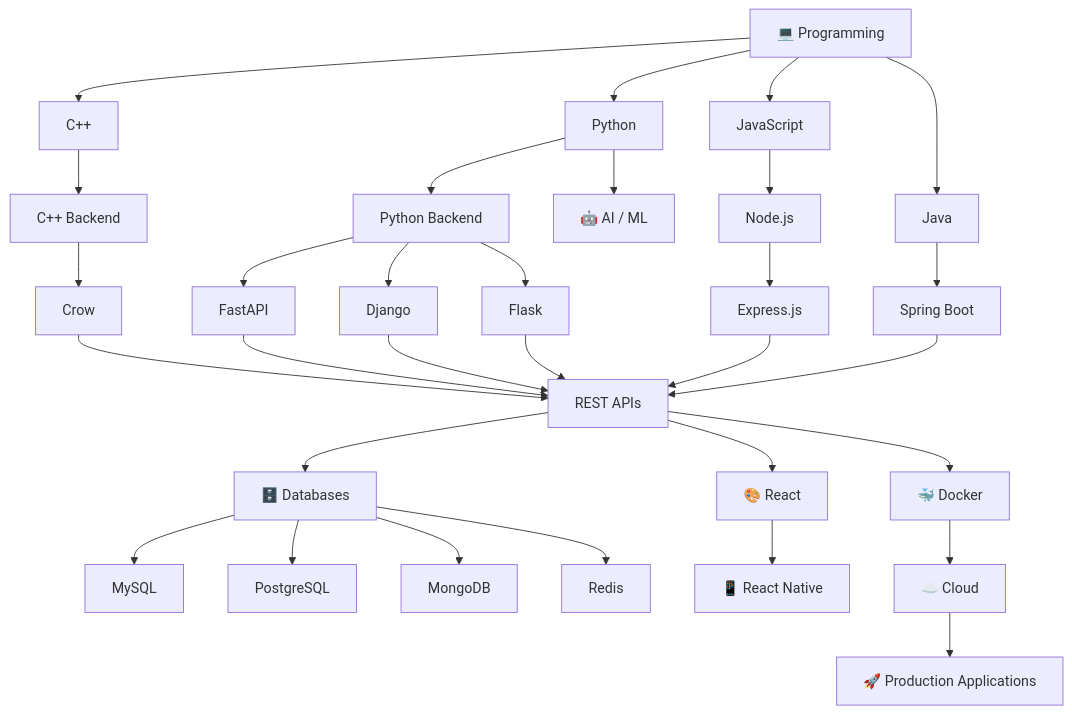
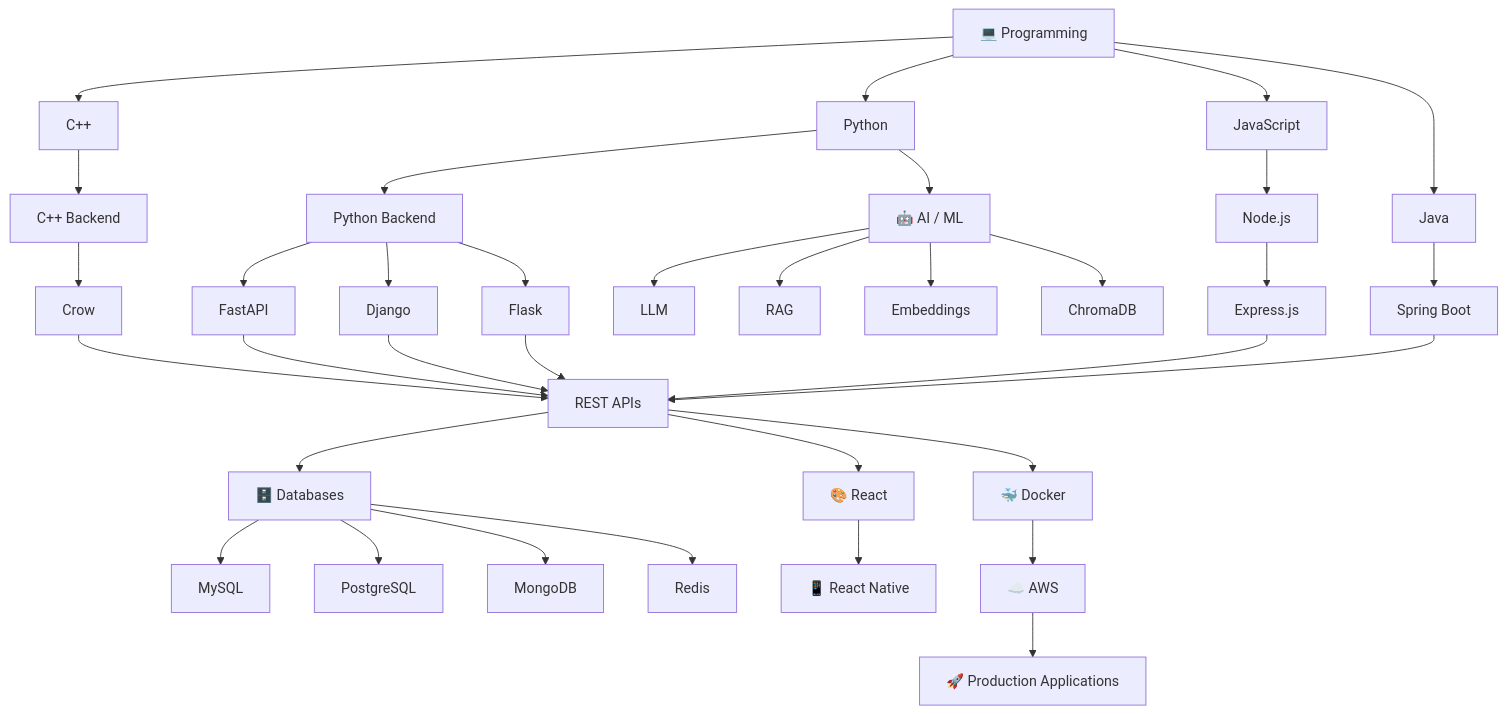
One commit to shivam-mishra1423/shivam-mishra1423 changed the diagram in README.md. Above: the diagram before and after it, drawn with Mermaid. The commit also changed other lines of this file, not shown here.

````diff
--- a/README.md
+++ b/README.md
@@ -254,45 +366,50 @@
 ```mermaid
 graph TD
 
     A[💻 Programming] --> B[C++]
     A --> C[Python]
     A --> D[JavaScript]
     A --> E[Java]
 
     B --> F[C++ Backend]
     F --> G[Crow]
 
     C --> H[Python Backend]
     H --> I[FastAPI]
     H --> J[Django]
     H --> K[Flask]
 
     D --> L[Node.js]
     L --> M[Express.js]
 
     E --> N[Spring Boot]
 
     M --> O[REST APIs]
     N --> O
     I --> O
     J --> O
     K --> O
     G --> O
 
     O --> P[🗄️ Databases]
 
     P --> Q[MySQL]
     P --> R[PostgreSQL]
     P --> S[MongoDB]
     P --> T[Redis]
 
-    O --> U[🎨 React]
-    U --> V[📱 React Native]
+    C --> U[🤖 AI / ML]
 
-    C --> W[🤖 AI / ML]
+    U --> V[LLM]
+    U --> W[RAG]
+    U --> X[Embeddings]
+    U --> Y[ChromaDB]
 
-    O --> X[🐳 Docker]
-    X --> Y[☁️ Cloud]
+    O --> Z[🎨 React]
+    Z --> AA[📱 React Native]
 
-    Y --> Z[🚀 Production Applications]
+    O --> AB[🐳 Docker]
+    AB --> AC[☁️ AWS]
+
+    AC --> AD[🚀 Production Applications]
 ```
````
